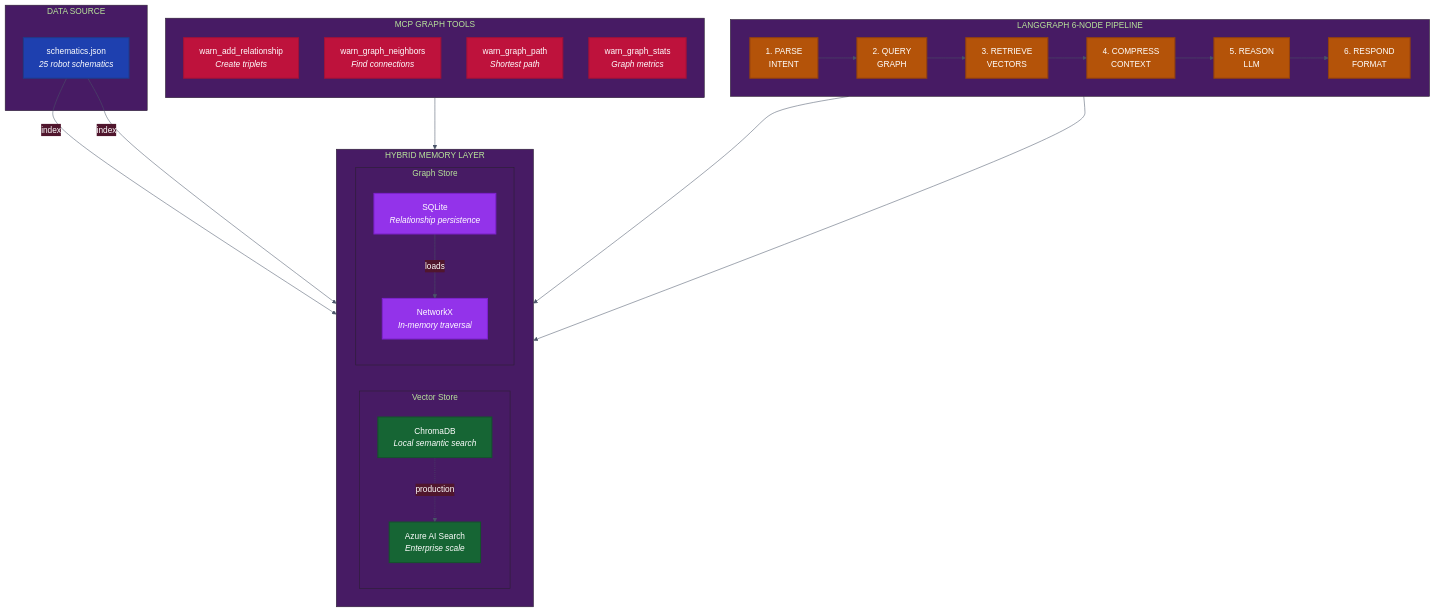
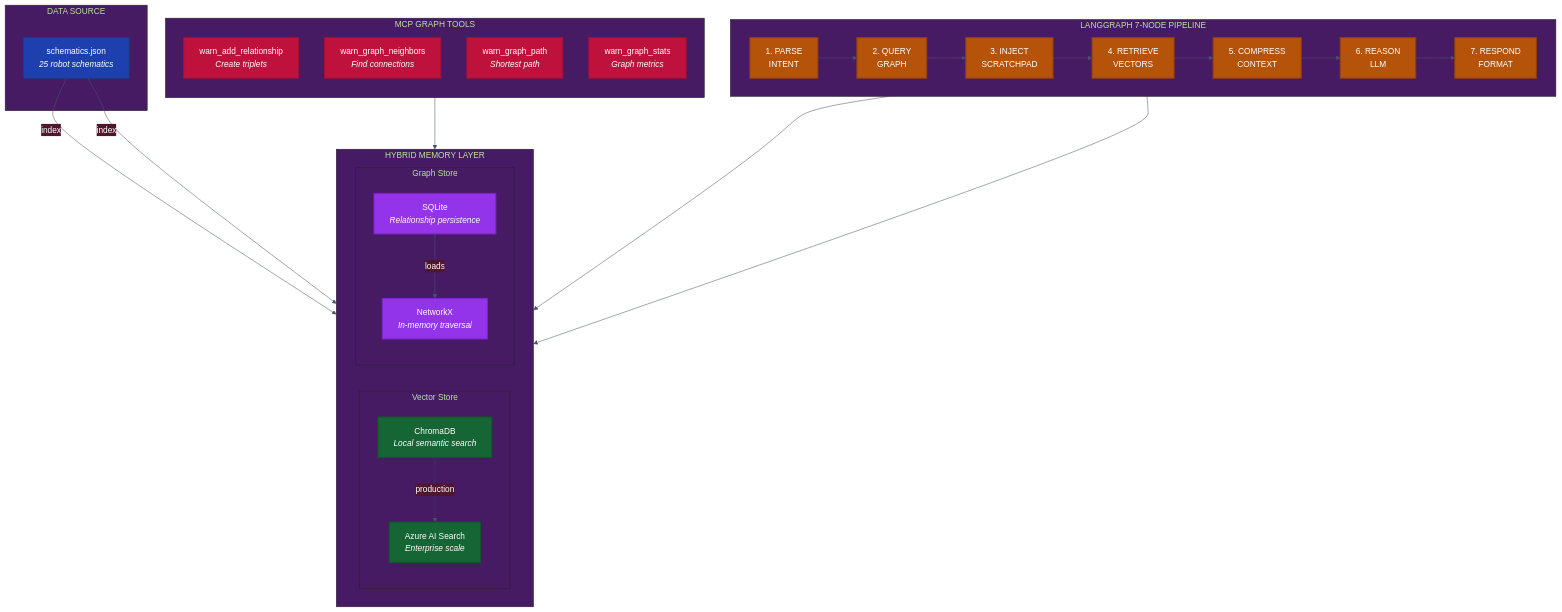
Before and after one commit to timothywarner-org/context-engineering: the first of 3 diagrams in docs/diagrams/graph-memory-architecture.md, drawn with Mermaid. The commit also changed other lines of this file and 52 other files, not shown here.

````diff
--- a/docs/diagrams/graph-memory-architecture.md
+++ b/docs/diagrams/graph-memory-architecture.md
@@ -20,65 +20,66 @@
 ```mermaid
 %%{init: {'theme': 'base', 'themeVariables': { 'primaryColor': '#2d5016', 'primaryTextColor': '#fff', 'primaryBorderColor': '#1a3009', 'lineColor': '#4a5568', 'fontFamily': 'JetBrains Mono, monospace'}}}%%
 flowchart TB
     subgraph DataSource["DATA SOURCE"]
         JSON["schematics.json<br/><i>25 robot schematics</i>"]
     end
 
     subgraph MemoryLayer["HYBRID MEMORY LAYER"]
         direction LR
         subgraph VectorStore["Vector Store"]
             direction TB
             CHROMA["ChromaDB<br/><i>Local semantic search</i>"]
             AZURE["Azure AI Search<br/><i>Enterprise scale</i>"]
             CHROMA -.->|"production"| AZURE
         end
 
         subgraph GraphStore["Graph Store"]
             direction TB
             SQLITE["SQLite<br/><i>Relationship persistence</i>"]
             NX["NetworkX<br/><i>In-memory traversal</i>"]
             SQLITE -->|"loads"| NX
         end
     end
 
-    subgraph LangGraphFlow["LANGGRAPH 6-NODE PIPELINE"]
+    subgraph LangGraphFlow["LANGGRAPH 7-NODE PIPELINE"]
         direction LR
         N1["1. PARSE<br/>INTENT"]
         N2["2. QUERY<br/>GRAPH"]
-        N3["3. RETRIEVE<br/>VECTORS"]
-        N4["4. COMPRESS<br/>CONTEXT"]
-        N5["5. REASON<br/>LLM"]
-        N6["6. RESPOND<br/>FORMAT"]
-        N1 --> N2 --> N3 --> N4 --> N5 --> N6
+        N2b["3. INJECT<br/>SCRATCHPAD"]
+        N3["4. RETRIEVE<br/>VECTORS"]
+        N4["5. COMPRESS<br/>CONTEXT"]
+        N5["6. REASON<br/>LLM"]
+        N6["7. RESPOND<br/>FORMAT"]
+        N1 --> N2 --> N2b --> N3 --> N4 --> N5 --> N6
     end
 
     subgraph MCPTools["MCP GRAPH TOOLS"]
         direction TB
         T1["warn_add_relationship<br/><i>Create triplets</i>"]
         T2["warn_graph_neighbors<br/><i>Find connections</i>"]
         T3["warn_graph_path<br/><i>Shortest path</i>"]
         T4["warn_graph_stats<br/><i>Graph metrics</i>"]
     end
 
     %% Data flow
     JSON -->|"index"| VectorStore
     JSON -->|"index"| GraphStore
 
     N2 --> GraphStore
     N3 --> VectorStore
 
     MCPTools --> GraphStore
 
     %% Styling
     classDef sourceNode fill:#1e40af,stroke:#1e3a8a,color:#fff,stroke-width:2px
     classDef vectorNode fill:#166534,stroke:#14532d,color:#fff,stroke-width:2px
     classDef graphNode fill:#9333ea,stroke:#7e22ce,color:#fff,stroke-width:2px
     classDef pipeNode fill:#b45309,stroke:#92400e,color:#fff,stroke-width:2px
     classDef toolNode fill:#be123c,stroke:#9f1239,color:#fff,stroke-width:2px
 
     class JSON sourceNode
     class CHROMA,AZURE vectorNode
     class SQLITE,NX graphNode
-    class N1,N2,N3,N4,N5,N6 pipeNode
+    class N1,N2,N2b,N3,N4,N5,N6 pipeNode
     class T1,T2,T3,T4 toolNode
 ```
````
